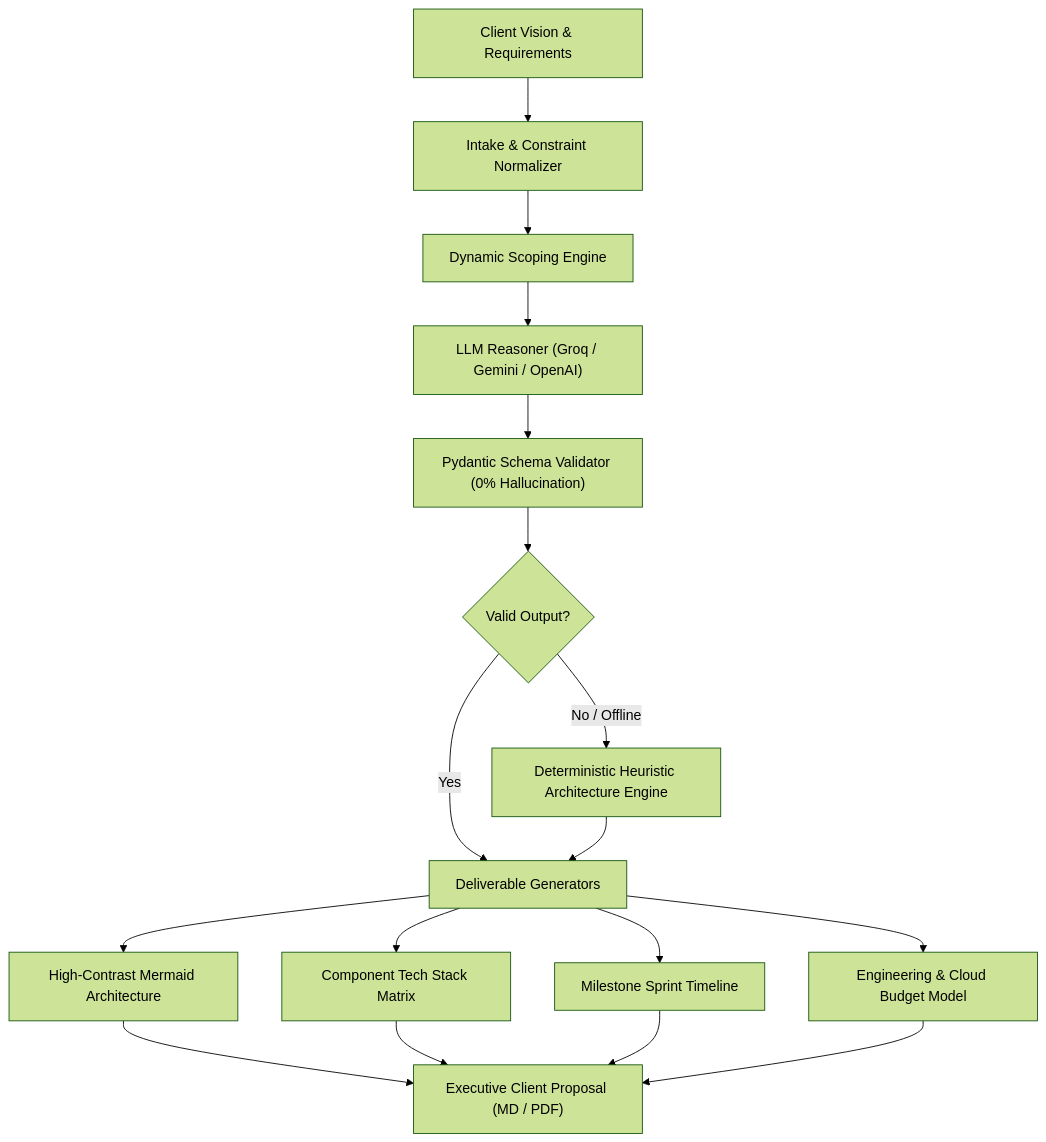
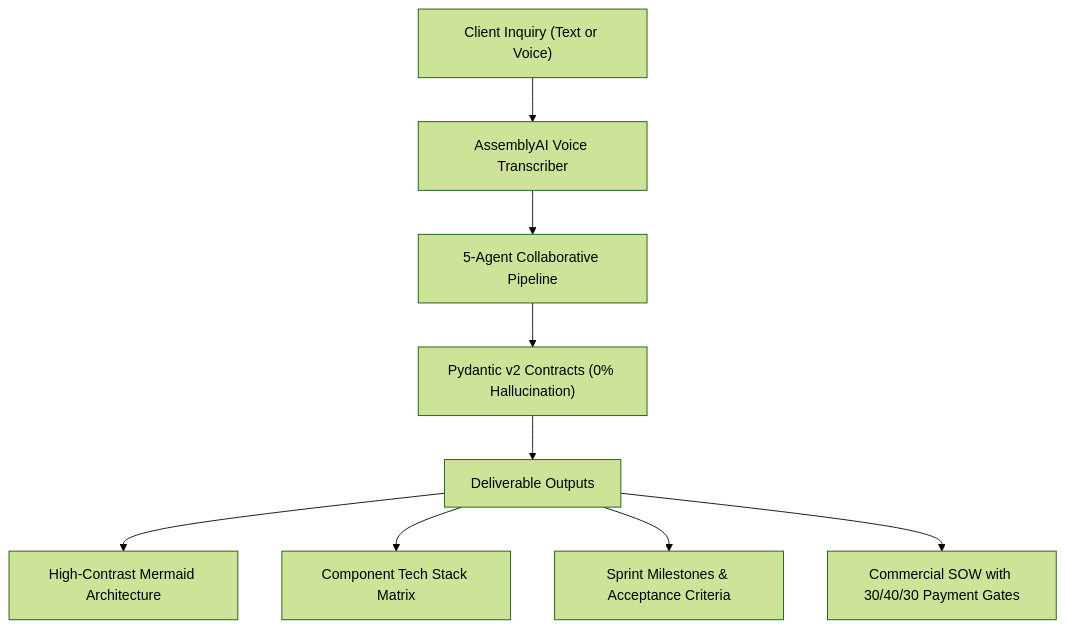
Before and after one commit to TANMAY4806w/cynbit-autoscope-ai: the second of 2 diagrams in README.md, drawn with Mermaid (forest theme). The commit also changed other lines of this file, not shown here.

Commit message:
docs(phase-4): finalize production documentation, architecture blueprints, and verification badges

````diff
--- a/README.md
+++ b/README.md
@@ -50,16 +39,11 @@
 ```mermaid
 flowchart TD
-    Client["Client Vision & Requirements"] --> Intake["Intake & Constraint Normalizer"]
-    Intake --> Interrogator["Dynamic Scoping Engine"]
-    Interrogator --> LLM["LLM Reasoner (Groq / Gemini / OpenAI)"]
-    LLM --> Validator["Pydantic Schema Validator (0% Hallucination)"]
-    Validator --> Fallback{"Valid Output?"}
-    Fallback -- "Yes" --> Generator["Deliverable Generators"]
-    Fallback -- "No / Offline" --> Heuristic["Deterministic Heuristic Architecture Engine"]
-    Heuristic --> Generator
-    Generator --> ArchMap["High-Contrast Mermaid Architecture"]
-    Generator --> TechStack["Component Tech Stack Matrix"]
-    Generator --> Roadmap["Milestone Sprint Timeline"]
-    Generator --> CostModel["Engineering & Cloud Budget Model"]
-    ArchMap & TechStack & Roadmap & CostModel --> Export["Executive Client Proposal (MD / PDF)"]
+    Client["Client Inquiry (Text or Voice)"] --> Voice["AssemblyAI Voice Transcriber"]
+    Voice --> AgentPipeline["5-Agent Collaborative Pipeline"]
+    AgentPipeline --> Pydantic["Pydantic v2 Contracts (0% Hallucination)"]
+    Pydantic --> Outputs["Deliverable Outputs"]
+    Outputs --> ArchMap["High-Contrast Mermaid Architecture"]
+    Outputs --> TechStack["Component Tech Stack Matrix"]
+    Outputs --> Roadmap["Sprint Milestones & Acceptance Criteria"]
+    Outputs --> SOW["Commercial SOW with 30/40/30 Payment Gates"]
 ```
````
